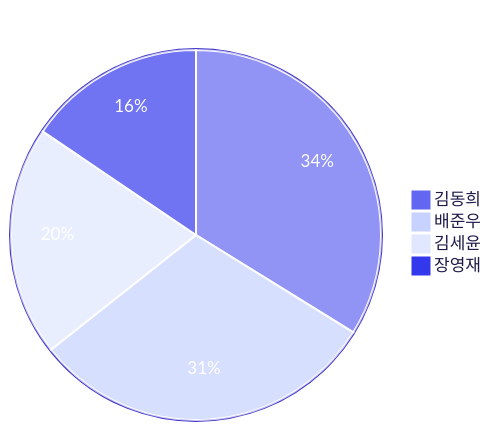
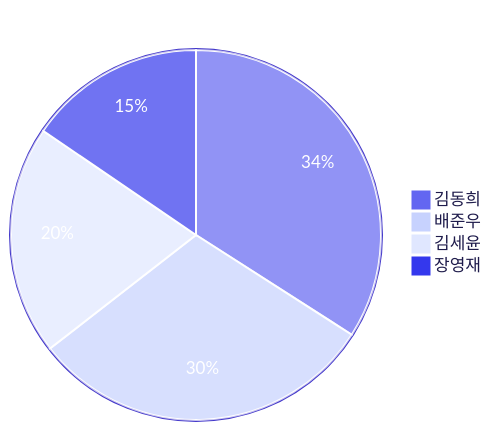
Before and after one commit to 3rd-project-team-1/ALYAC-market-team1: the third of 4 diagrams in README.md, drawn with Mermaid. The commit also changed other lines of this file, not shown here.

````diff
--- a/README.md
+++ b/README.md
@@ -431,17 +430,17 @@
 ```mermaid
 %%{init: { 'theme': 'base', 'themeVariables': {
   'primaryColor': '#6366f1',
   'primaryTextColor': '#ffffff',
   'primaryBorderColor': '#4338ca',
   'secondaryColor': '#c7d2fe',
   'tertiaryColor': '#e0e7ff',
   'pieLegendTextColor': '#1e1b4b',
   'pieStrokeColor': '#ffffff',
   'pieOuterStrokeColor': '#4338ca'
 } } }%%
 pie title 기여자별 커밋 수
-  "김동희" : 185
+  "김동희" : 187
   "배준우" : 167
   "김세윤" : 110
   "장영재" : 85
 ```
````
